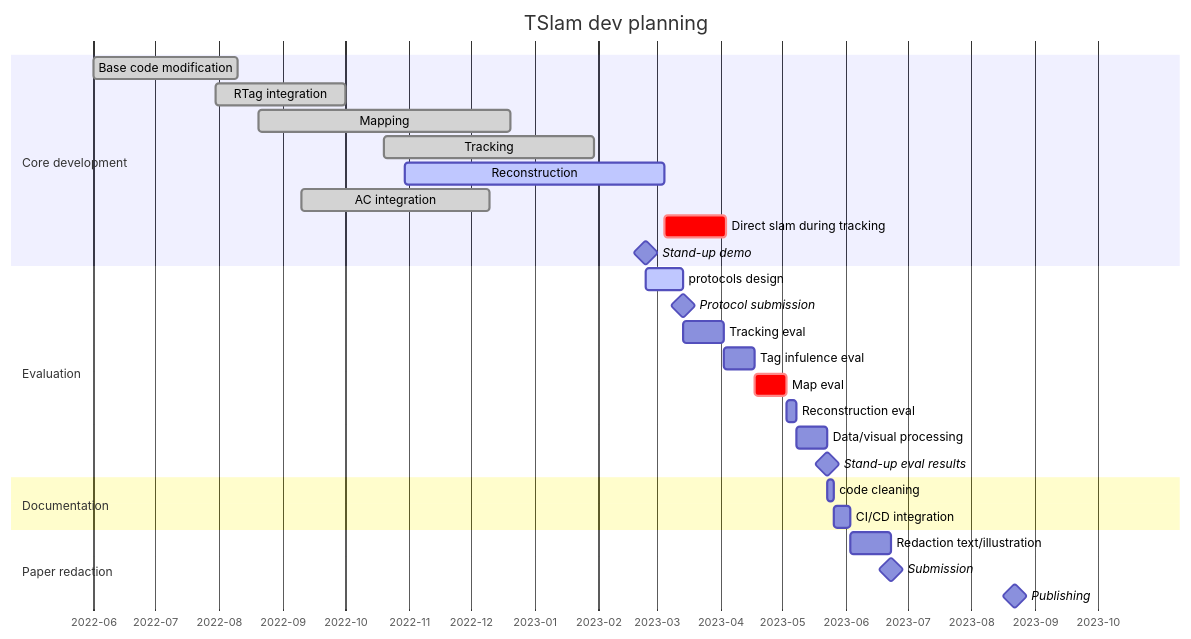
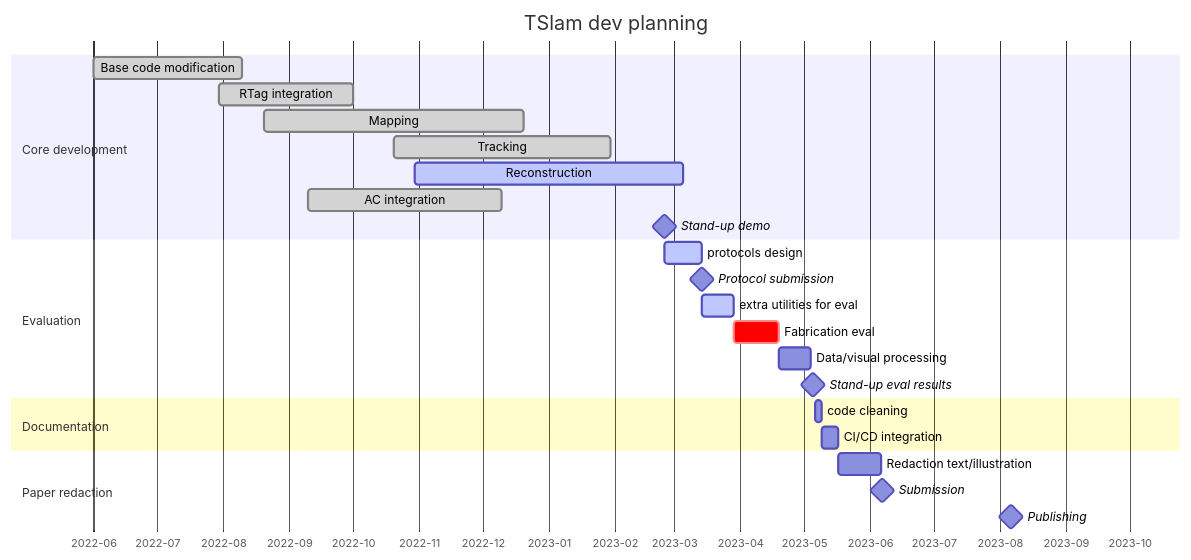
The diagram in README.md (ibois-epfl/TSlam), drawn with Mermaid before and after one commit. The commit also changed 1 other file, not shown here.

Commit message:
WIP: new eval protocol draft

````diff
--- a/README.md
+++ b/README.md
@@ -8,35 +8,32 @@
 ```mermaid
 gantt
     dateFormat  YYYY-MM-DD
     title       TSlam dev planning
     axisFormat %Y-%m
 
     section Core development
     Base code modification          :done, ucm, 2022-06-01, 2022-08-10
     RTag integration                :done, rti, 2022-07-30, 2022-10-01
     Mapping                         :done, map, 2022-08-20, 2022-12-20
     Tracking                        :done, trck, 2022-10-20, 2023-01-30
     Reconstruction                  :active, rec, 2022-10-30, 2023-03-05
     AC integration                  :done, aci, 2022-09-10, 2022-12-10
-    Direct slam during tracking     :crit, after rec, 30d
     Stand-up demo                   :milestone, 2023-02-24, 0d
 
     section Evaluation
     protocols design                :active, ptrd, 2023-02-24, 2023-03-14
     Protocol submission             :milestone, 2023-03-14, 0d
-    Tracking eval                   : trel, 2023-03-14, 20d
-    Tag infulence eval              :15d
-    Map eval                        :crit, 15d
-    Reconstruction eval             :5d
+    extra utilities for eval        :active, 15d
+    Fabrication eval                :crit, 21d
     Data/visual processing          :15d
-    Stand-up eval results           :milestone, 0d
+    Stand-up eval results           :milestone, 2d
 
     section Documentation
     code cleaning                   :3d
     CI/CD integration               :8d
 
     section Paper redaction
     Redaction text/illustration     :20d
-    Submission                      :milestone, 0d
+    Submission                      :milestone, 1d
     Publishing                      :milestone, 120d
 ```
````
